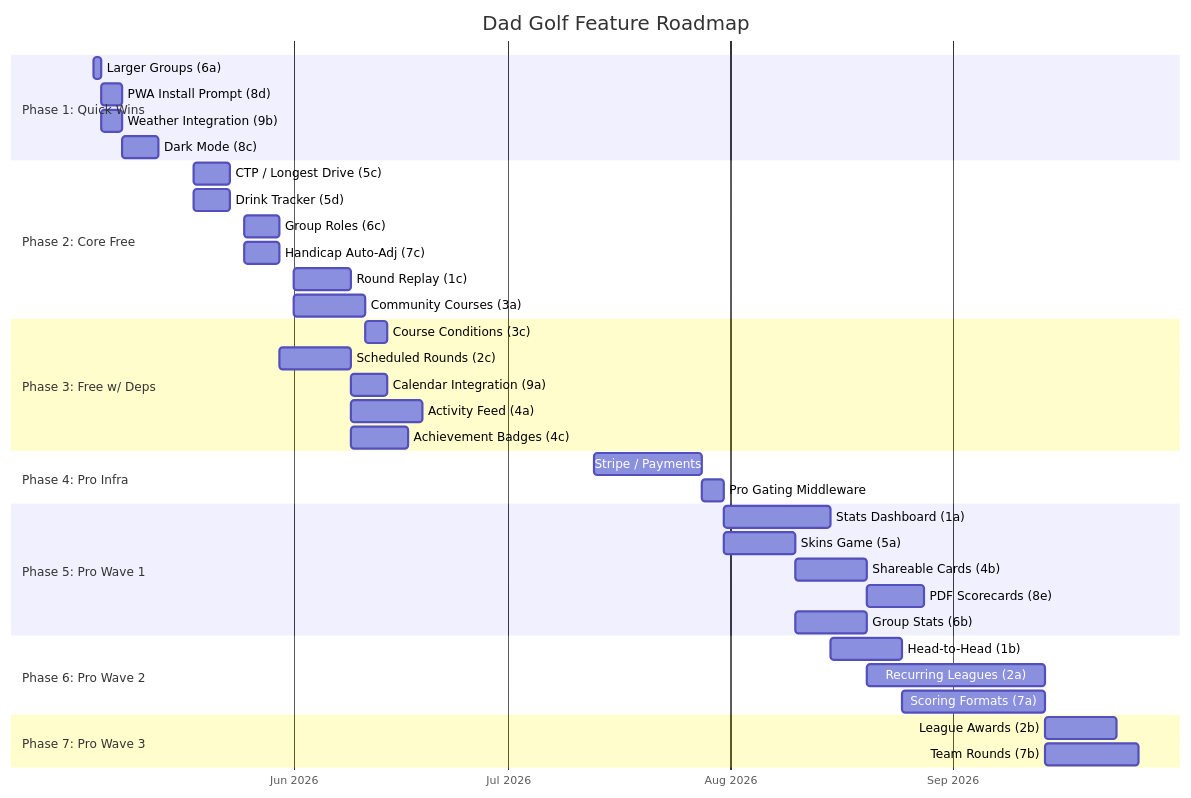
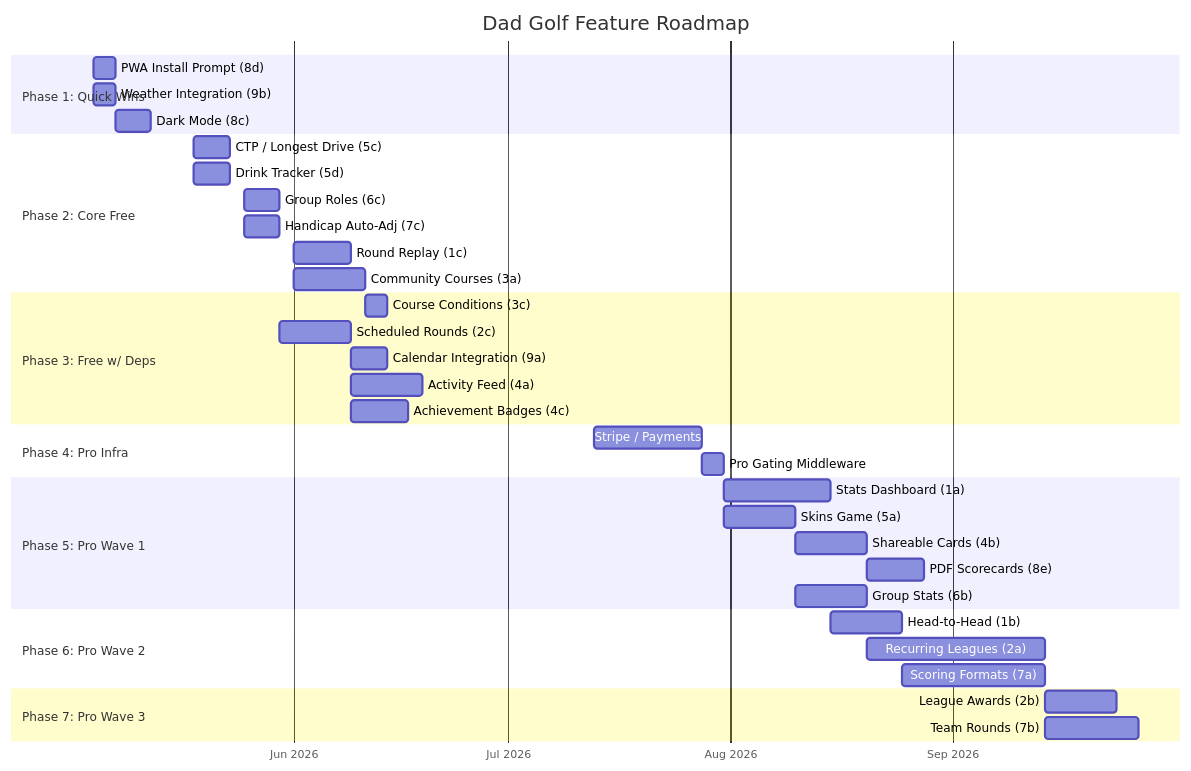
One commit to Lachy-Dauth/dad-golf changed the second of 2 diagrams in docs/roadmap.md. Above: the diagram before and after it, drawn with Mermaid. The commit also changed other lines of this file and 1 other file, not shown here.

First line of the commit message:
Remove Larger Groups (6a) from brainstorm and roadmap

````diff
--- a/docs/roadmap.md
+++ b/docs/roadmap.md
@@ -98,47 +97,46 @@
 ```mermaid
 gantt
     title Dad Golf Feature Roadmap
     dateFormat YYYY-MM-DD
     axisFormat %b %Y
 
     section Phase 1: Quick Wins
-    Larger Groups (6a)              :p1a, 2026-05-04, 1d
-    PWA Install Prompt (8d)         :p1b, 2026-05-05, 3d
-    Weather Integration (9b)        :p1c, 2026-05-05, 3d
-    Dark Mode (8c)                  :p1d, 2026-05-08, 5d
+    PWA Install Prompt (8d)         :p1b, 2026-05-04, 3d
+    Weather Integration (9b)        :p1c, 2026-05-04, 3d
+    Dark Mode (8c)                  :p1d, 2026-05-07, 5d
 
     section Phase 2: Core Free
     CTP / Longest Drive (5c)        :p2b, 2026-05-18, 5d
     Drink Tracker (5d)              :p2c, 2026-05-18, 5d
     Group Roles (6c)                :p2d, 2026-05-25, 5d
     Handicap Auto-Adj (7c)          :p2e, 2026-05-25, 5d
     Round Replay (1c)               :p2a, 2026-06-01, 8d
     Community Courses (3a)          :p2f, 2026-06-01, 10d
 
     section Phase 3: Free w/ Deps
     Course Conditions (3c)          :p3a, after p2f, 3d
     Scheduled Rounds (2c)           :p3b, after p2d, 10d
     Calendar Integration (9a)       :p3c, after p3b, 5d
     Activity Feed (4a)              :p3d, after p2a, 10d
     Achievement Badges (4c)         :p3e, after p2a, 8d
 
     section Phase 4: Pro Infra
     Stripe / Payments               :p4a, 2026-07-13, 15d
     Pro Gating Middleware            :p4b, after p4a, 3d
 
     section Phase 5: Pro Wave 1
     Stats Dashboard (1a)            :p5a, after p4b, 15d
     Skins Game (5a)                 :p5b, after p4b, 10d
     Shareable Cards (4b)            :p5c, after p5b, 10d
     PDF Scorecards (8e)             :p5d, after p5c, 8d
     Group Stats (6b)                :p5e, after p5b, 10d
 
     section Phase 6: Pro Wave 2
     Head-to-Head (1b)               :p6a, after p5a, 10d
     Recurring Leagues (2a)          :p6b, after p5e, 25d
     Scoring Formats (7a)            :p6c, after p6a, 20d
 
     section Phase 7: Pro Wave 3
     League Awards (2b)              :p7a, after p6b, 10d
     Team Rounds (7b)                :p7b, after p6c, 13d
 ```
````
